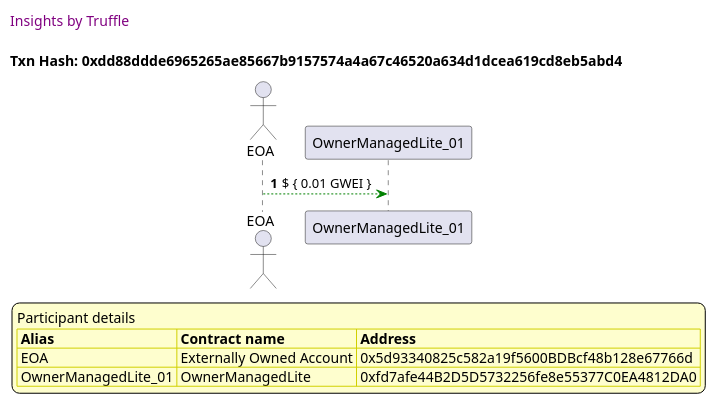
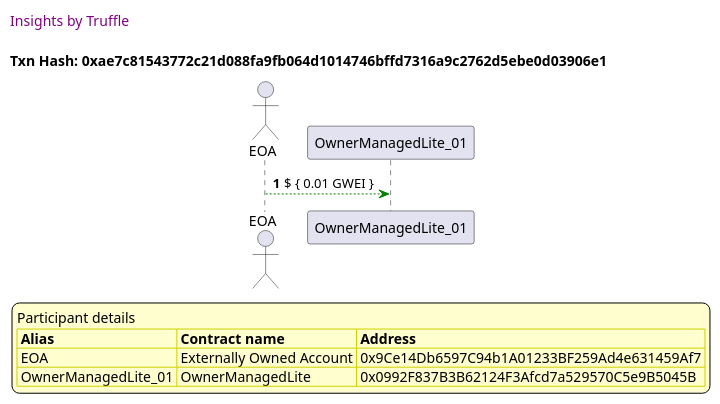
Before and after one commit to thedarkjester/ConsensysAssignment: the tenth of 53 diagrams in truffle-seq/OwnerManagedLite_test_withdraw_and_fallback.md, drawn with PlantUML. The commit also changed other lines of this file and 13 other files, not shown here.

````diff
--- a/truffle-seq/OwnerManagedLite_test_withdraw_and_fallback.md
+++ b/truffle-seq/OwnerManagedLite_test_withdraw_and_fallback.md
@@ -419,36 +419,36 @@
 ```plantuml
 
 
 @startuml
 
 autonumber
 skinparam legendBackgroundColor #FEFECE
 
 <style>
       header {
         HorizontalAlignment left
         FontColor purple
         FontSize 14
         Padding 10
       }
     </style>
 
 header Insights by Truffle
 
-title Txn Hash: 0xdd88ddde6965265ae85667b9157574a4a67c46520a634d1dcea619cd8eb5abd4
+title Txn Hash: 0xae7c81543772c21d088fa9fb064d1014746bffd7316a9c2762d5ebe0d03906e1
 
 
 actor EOA as "EOA"
 participant OwnerManagedLite_01 as "OwnerManagedLite_01"
 
 "EOA" -[#green]-> "OwnerManagedLite_01" : $ { 0.01 GWEI }
 
 legend
 Participant details
 <#FEFECE,#D0D000>|= Alias |= Contract name |= Address |
-<#FEFECE>| EOA | Externally Owned Account | 0x5d93340825c582a19f5600BDBcf48b128e67766d |
-<#FEFECE>| OwnerManagedLite_01 | OwnerManagedLite | 0xfd7afe44B2D5D5732256fe8e55377C0EA4812DA0 |
+<#FEFECE>| EOA | Externally Owned Account | 0x9Ce14Db6597C94b1A01233BF259Ad4e631459Af7 |
+<#FEFECE>| OwnerManagedLite_01 | OwnerManagedLite | 0x0992F837B3B62124F3Afcd7a529570C5e9B5045B |
 endlegend
 
 @enduml
 ```
````
